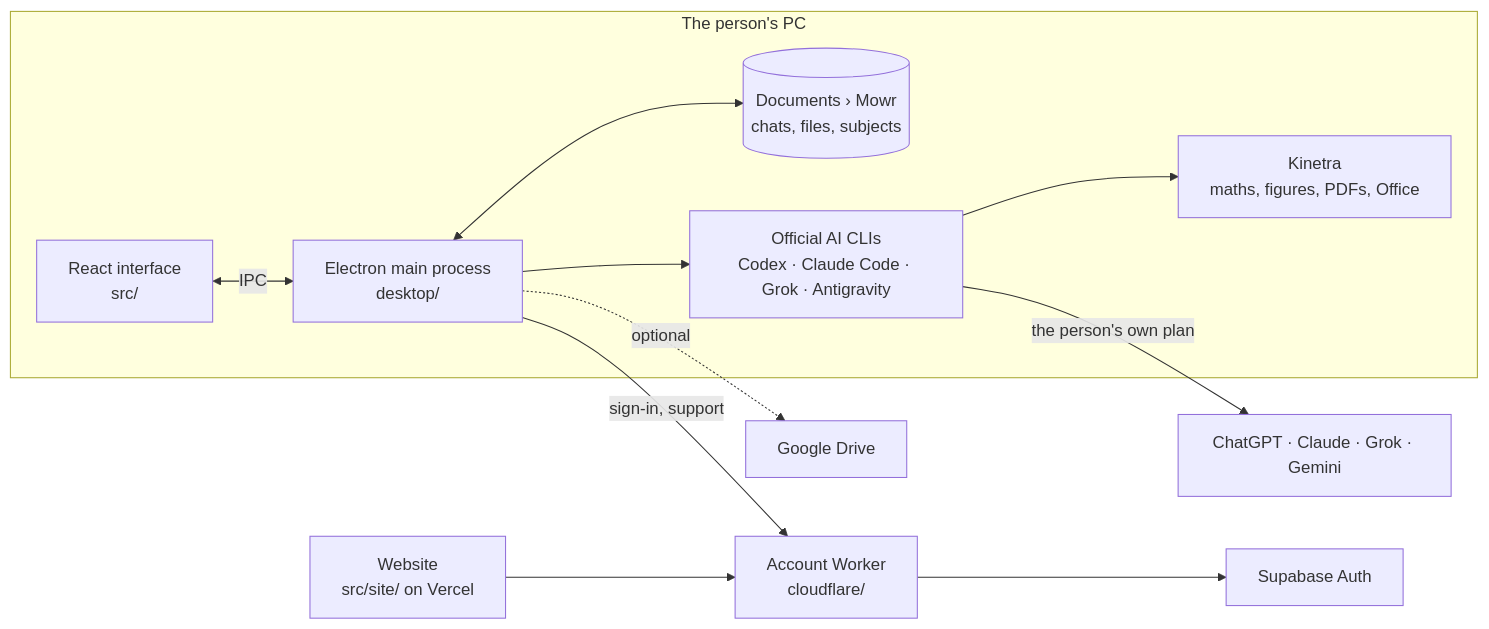
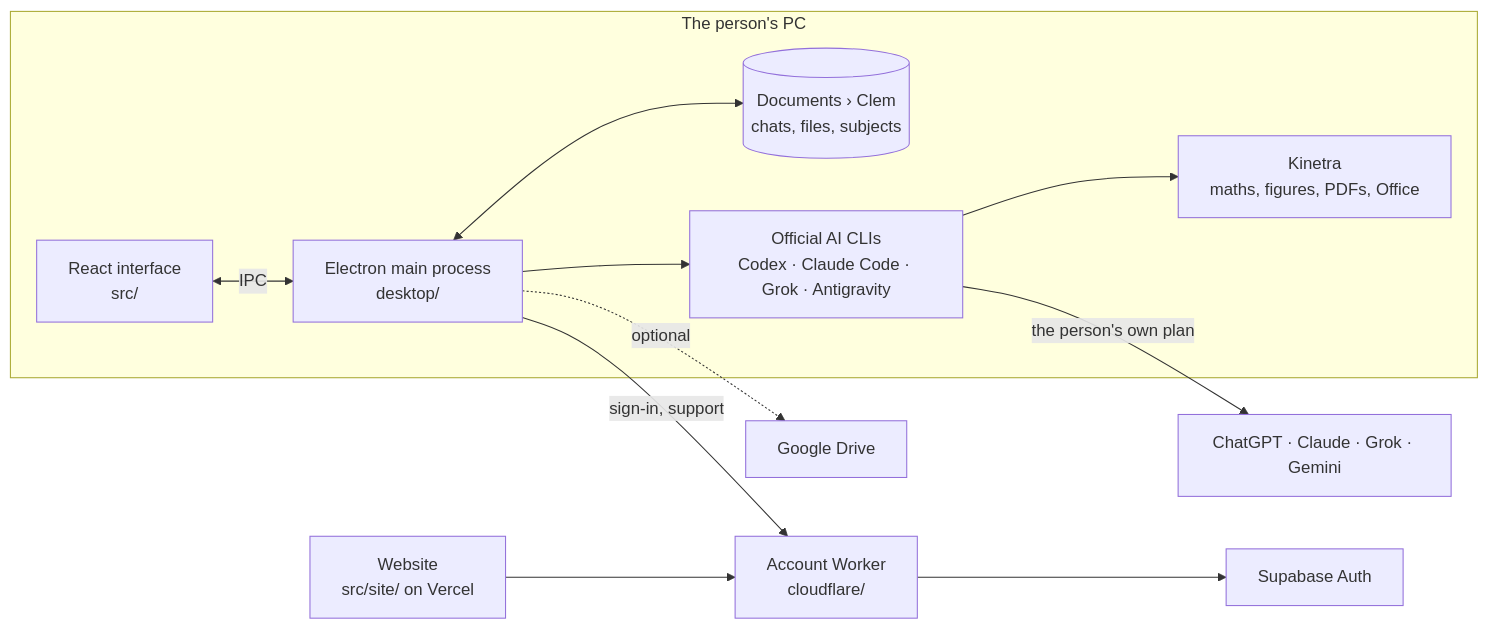
The diagram in docs/ARCHITECTURE.md (mowfxy/clem), drawn with Mermaid before and after one commit. The commit also changed other lines of this file and 470 other files, not shown here.

````diff
--- a/docs/ARCHITECTURE.md
+++ b/docs/ARCHITECTURE.md
@@ -5,19 +5,19 @@
 ```mermaid
 flowchart LR
   subgraph PC["The person's PC"]
     UI["React interface<br/>src/"]
     Main["Electron main process<br/>desktop/"]
-    Files[("Documents › Mowr<br/>chats, files, subjects")]
+    Files[("Documents › Clem<br/>chats, files, subjects")]
     CLIs["Official AI CLIs<br/>Codex · Claude Code · Grok · Antigravity"]
     Kinetra["Kinetra<br/>maths, figures, PDFs, Office"]
     UI <-- IPC --> Main
     Main <--> Files
     Main --> CLIs
     CLIs --> Kinetra
   end
   CLIs -- "the person's own plan" --> AI["ChatGPT · Claude · Grok · Gemini"]
   Main -- "sign-in, support" --> Account["Account Worker<br/>cloudflare/"]
   Account --> Auth["Supabase Auth"]
   Main -. "optional" .-> Drive["Google Drive"]
   Site["Website<br/>src/site/ on Vercel"] --> Account
 ```
````
